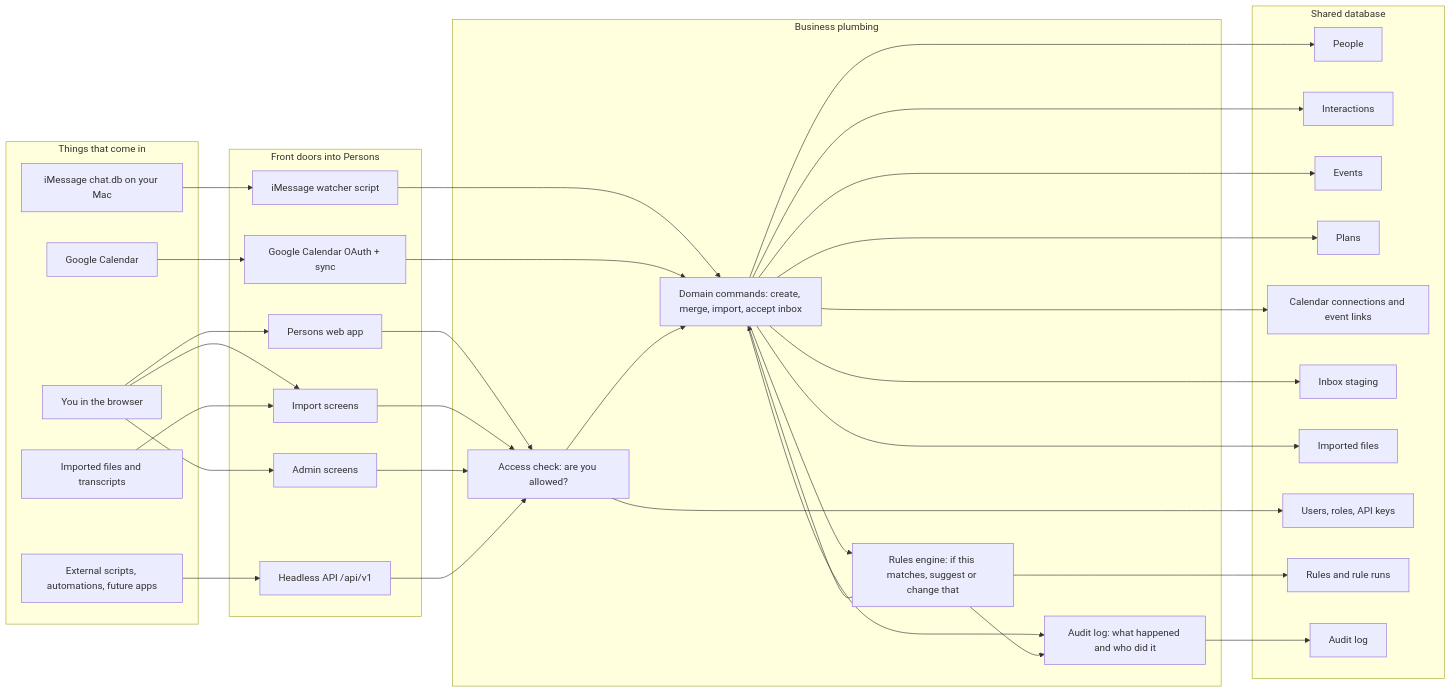
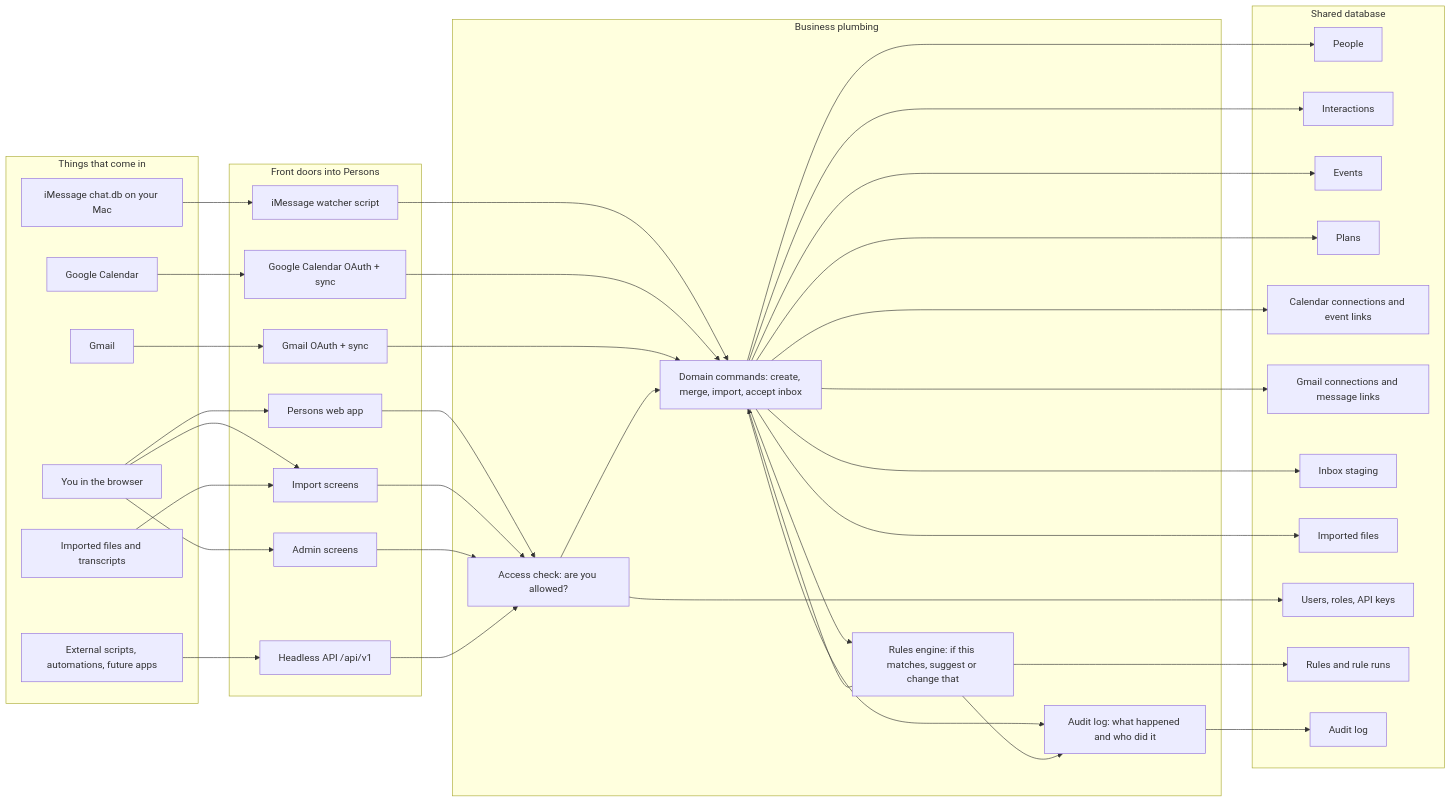
One commit to josephdfryer/life-os changed the first of 18 diagrams in docs/PERSONS_ARCHITECTURE.md. Above: the diagram before and after it, drawn with Mermaid. The commit also changed other lines of this file and 22 other files, not shown here.

Commit message:
feat: add gmail sync integration

````diff
--- a/docs/PERSONS_ARCHITECTURE.md
+++ b/docs/PERSONS_ARCHITECTURE.md
@@ -16,71 +16,77 @@
 ```mermaid
 flowchart LR
   subgraph Inputs["Things that come in"]
     Human["You in the browser"]
     IMessages["iMessage chat.db on your Mac"]
     GoogleCalendar["Google Calendar"]
+    Gmail["Gmail"]
     Files["Imported files and transcripts"]
     ExternalTools["External scripts, automations, future apps"]
   end
 
   subgraph FrontDoors["Front doors into Persons"]
     UI["Persons web app"]
     ImportUI["Import screens"]
     AdminUI["Admin screens"]
     PublicAPI["Headless API /api/v1"]
     Watcher["iMessage watcher script"]
     CalendarOAuth["Google Calendar OAuth + sync"]
+    GmailOAuth["Gmail OAuth + sync"]
   end
 
   subgraph Plumbing["Business plumbing"]
     Access["Access check: are you allowed?"]
     Commands["Domain commands: create, merge, import, accept inbox"]
     Rules["Rules engine: if this matches, suggest or change that"]
     Audit["Audit log: what happened and who did it"]
   end
 
   subgraph Memory["Shared database"]
     People["People"]
     Interactions["Interactions"]
     Events["Events"]
     Plans["Plans"]
     CalendarDB["Calendar connections and event links"]
+    GmailDB["Gmail connections and message links"]
     Inbox["Inbox staging"]
     FilesDB["Imported files"]
     AccessDB["Users, roles, API keys"]
     RulesDB["Rules and rule runs"]
     AuditDB["Audit log"]
   end
 
   Human --> UI
   Human --> ImportUI
   Human --> AdminUI
   IMessages --> Watcher
   GoogleCalendar --> CalendarOAuth
+  Gmail --> GmailOAuth
   Files --> ImportUI
   ExternalTools --> PublicAPI
 
   UI --> Access
   ImportUI --> Access
   AdminUI --> Access
   PublicAPI --> Access
   Watcher --> Commands
   CalendarOAuth --> Commands
+  GmailOAuth --> Commands
 
   Access --> Commands
   Commands --> Rules
   Rules --> Commands
   Commands --> Audit
   Rules --> Audit
 
   Commands --> People
   Commands --> Interactions
   Commands --> Events
   Commands --> Plans
   Commands --> CalendarDB
+  Commands --> GmailDB
   Commands --> Inbox
   Commands --> FilesDB
   Access --> AccessDB
   Rules --> RulesDB
   Audit --> AuditDB
 ```
````
